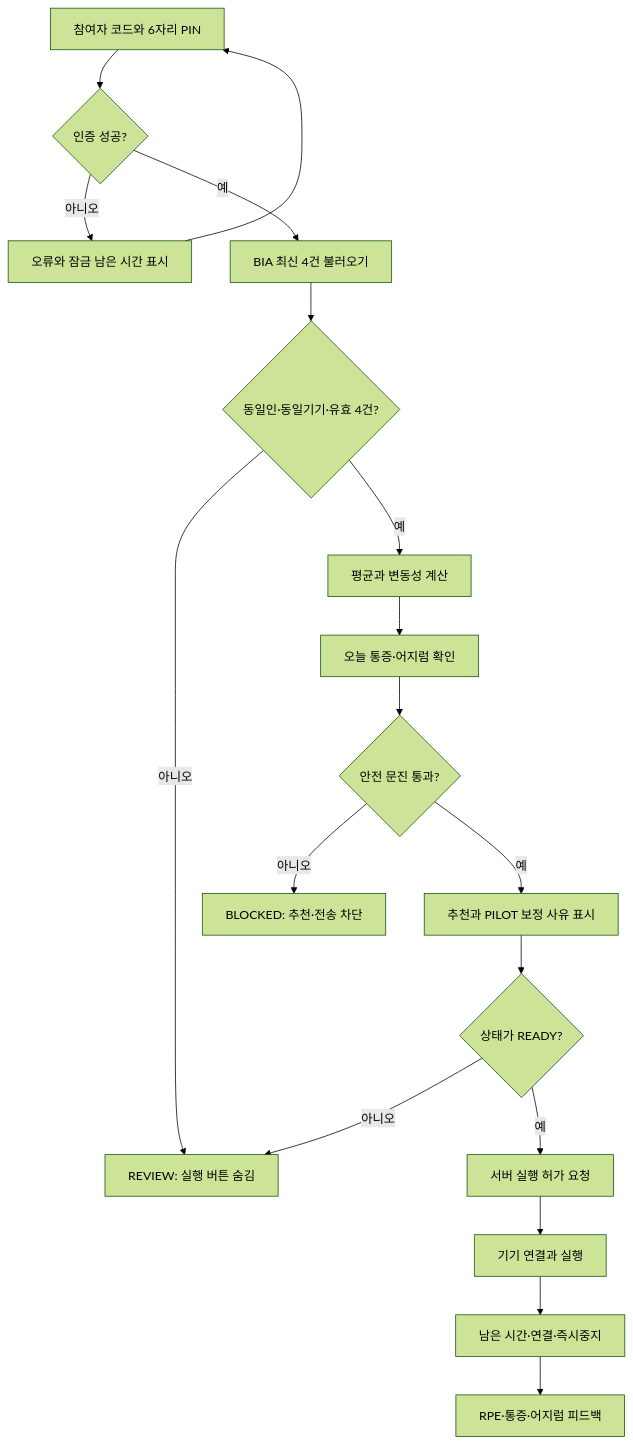
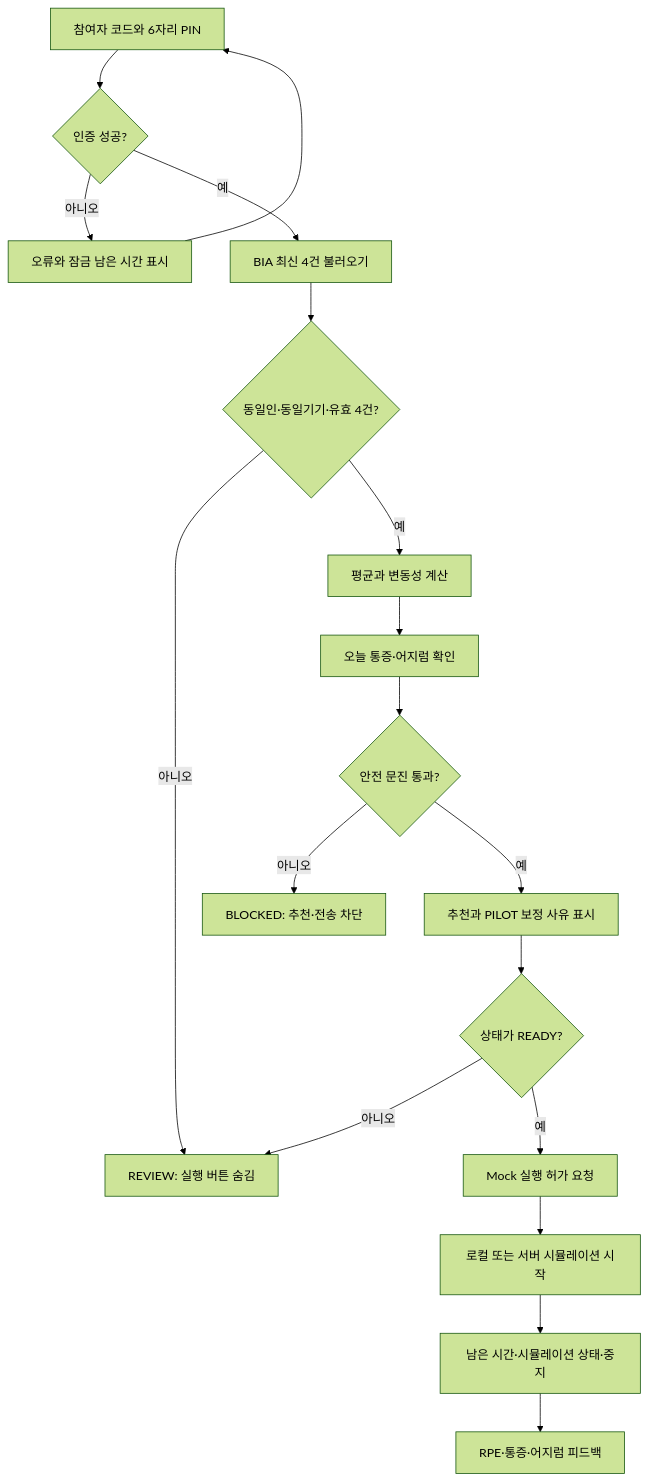
One commit to Dowon-Kang/vibecare-pilot changed the first of 4 diagrams in docs/architecture.md. Above: the diagram before and after it, drawn with Mermaid (forest theme). The commit also changed other lines of this file and 45 other files, not shown here.

````diff
--- a/docs/architecture.md
+++ b/docs/architecture.md
@@ -5,20 +5,20 @@
 ```mermaid
 flowchart TD
     A[참여자 코드와 6자리 PIN] --> B{인증 성공?}
     B -- 아니오 --> C[오류와 잠금 남은 시간 표시]
     C --> A
     B -- 예 --> D[BIA 최신 4건 불러오기]
     D --> E{동일인·동일기기·유효 4건?}
     E -- 아니오 --> F[REVIEW: 실행 버튼 숨김]
     E -- 예 --> G[평균과 변동성 계산]
     G --> H[오늘 통증·어지럼 확인]
     H --> I{안전 문진 통과?}
     I -- 아니오 --> J[BLOCKED: 추천·전송 차단]
     I -- 예 --> K[추천과 PILOT 보정 사유 표시]
     K --> L{상태가 READY?}
     L -- 아니오 --> F
-    L -- 예 --> M[서버 실행 허가 요청]
-    M --> N[기기 연결과 실행]
-    N --> O[남은 시간·연결·즉시중지]
+    L -- 예 --> M[Mock 실행 허가 요청]
+    M --> N[로컬 또는 서버 시뮬레이션 시작]
+    N --> O[남은 시간·시뮬레이션 상태·중지]
     O --> P[RPE·통증·어지럼 피드백]
 ```
````
